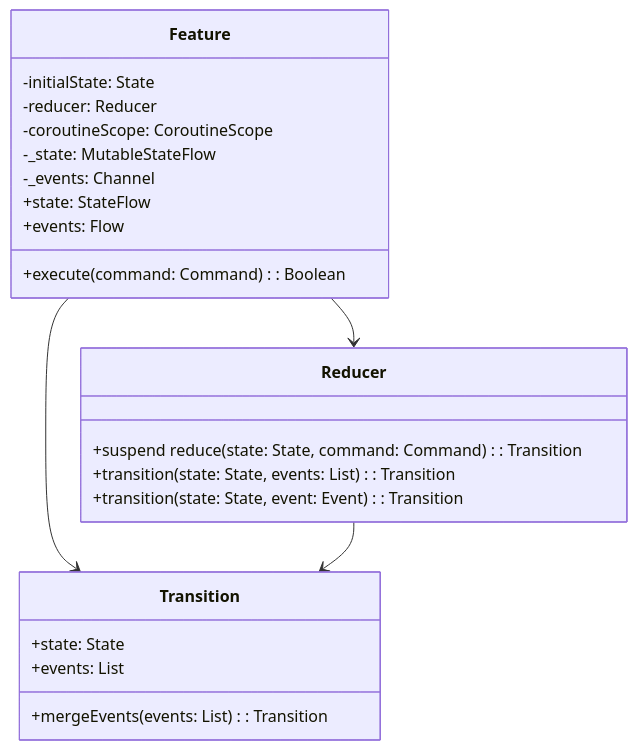
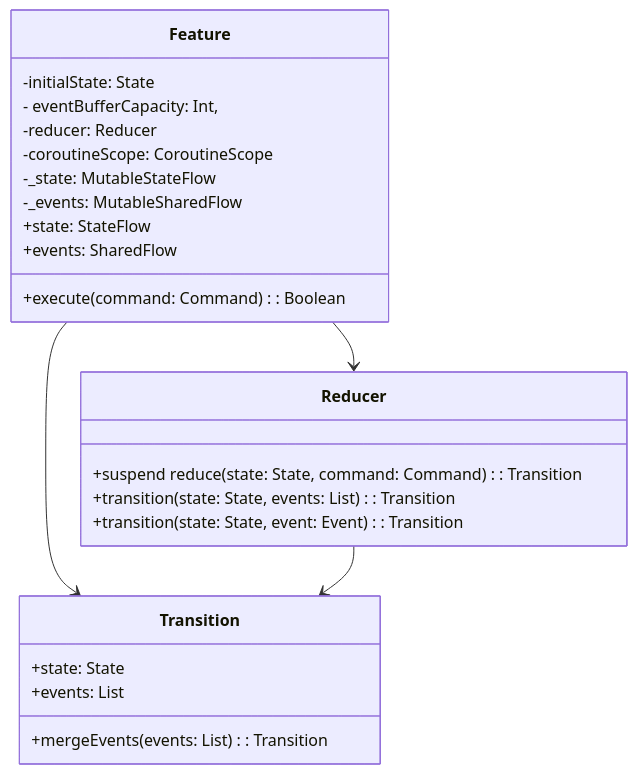
Before and after one commit to numq/reduce-and-conquer: the first of 3 diagrams in README.md, drawn with Mermaid. The commit also changed other lines of this file, not shown here.

````diff
--- a/README.md
+++ b/README.md
@@ -48,27 +50,28 @@
 ```mermaid
 classDiagram
     class Feature {
         -initialState: State
+        - eventBufferCapacity: Int,
         -reducer: Reducer<Command, State, Event>
         -coroutineScope: CoroutineScope
         -_state: MutableStateFlow<State>
-        -_events: Channel<Event>
+        -_events: MutableSharedFlow<Event>
         +state: StateFlow<State>
-        +events: Flow<Event>
+        +events: SharedFlow<Event>
         +execute(command: Command): Boolean
     }
     class Reducer {
         +suspend reduce(state: State, command: Command): Transition<State, Event>
         +transition(state: State, events: List<Event>): Transition<State, Event>
         +transition(state: State, event: Event): Transition<State, Event>
     }
     class Transition {
         +state: State
         +events: List<Event>
         +mergeEvents(events: List<Event>): Transition<State, Event>
     }
 
     Feature --> Reducer
     Feature --> Transition
     Reducer --> Transition
 ```
````
